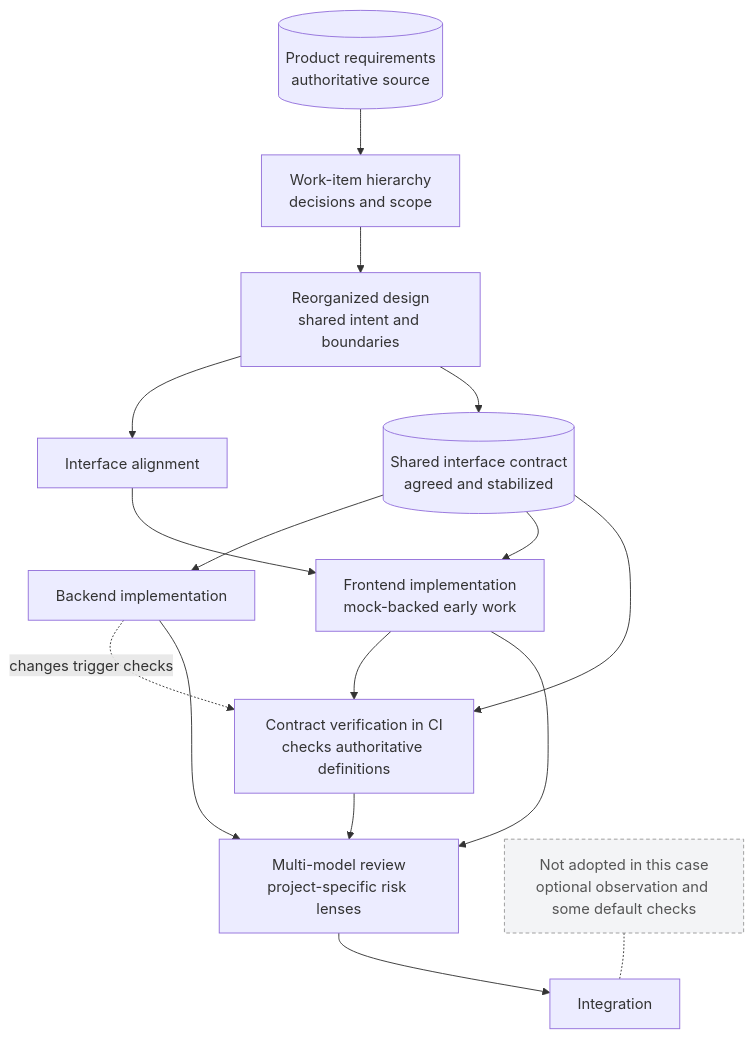
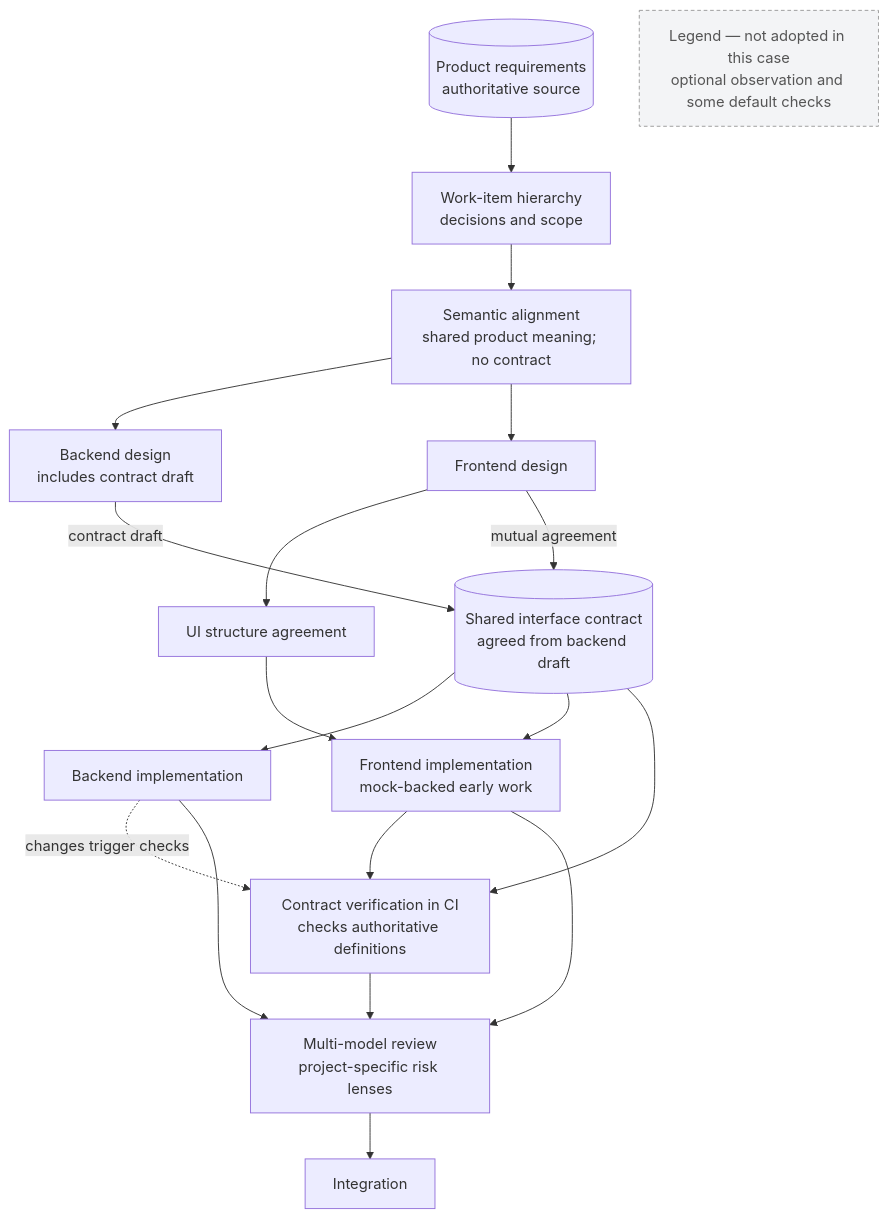
The diagram in diagrams/adaptation-flow.mmd (exscutz/ai-development-workflow-architecture), drawn with Mermaid before and after one commit. The commit also changed 5 other files, not shown here.

First line of the commit message:
docs: correct approval semantics, adaptation scope and diagrams

```diff
--- a/diagrams/adaptation-flow.mmd
+++ b/diagrams/adaptation-flow.mmd
@@ -1,30 +1,33 @@
 %% An anonymized adaptation pattern; not the product's internal architecture.
 flowchart TD
     Product[("Product requirements<br/>authoritative source")]
     Work["Work-item hierarchy<br/>decisions and scope"]
-    BD["Reorganized design<br/>shared intent and boundaries"]
-    UI["Interface alignment"]
-    Contract[("Shared interface contract<br/>agreed and stabilized")]
+    Semantic["Semantic alignment<br/>shared product meaning; no contract"]
+    BEDesign["Backend design<br/>includes contract draft"]
+    FEDesign["Frontend design"]
+    UI["UI structure agreement"]
+    Contract[("Shared interface contract<br/>agreed from backend draft")]
     Backend["Backend implementation"]
     Frontend["Frontend implementation<br/>mock-backed early work"]
     Verify["Contract verification in CI<br/>checks authoritative definitions"]
     Review["Multi-model review<br/>project-specific risk lenses"]
     Integrate["Integration"]
-    Omit["Not adopted in this case<br/>optional observation and some default checks"]
+    Omit["Legend — not adopted in this case<br/>optional observation and some default checks"]
 
-    Product --> Work --> BD
-    BD --> UI
-    BD --> Contract
-    UI --> Frontend
+    Product --> Work --> Semantic
+    Semantic --> BEDesign
+    Semantic --> FEDesign
+    FEDesign --> UI --> Frontend
+    BEDesign -->|"contract draft"| Contract
+    FEDesign -->|"mutual agreement"| Contract
     Contract --> Backend
     Contract --> Frontend
     Contract --> Verify
     Frontend --> Verify
     Backend -.->|"changes trigger checks"| Verify
     Backend --> Review
     Frontend --> Review
     Verify --> Review --> Integrate
-    Omit -.- Integrate
 
     classDef omitted fill:#f3f4f6,stroke:#999,stroke-dasharray:4 3,color:#555
     class Omit omitted
```
